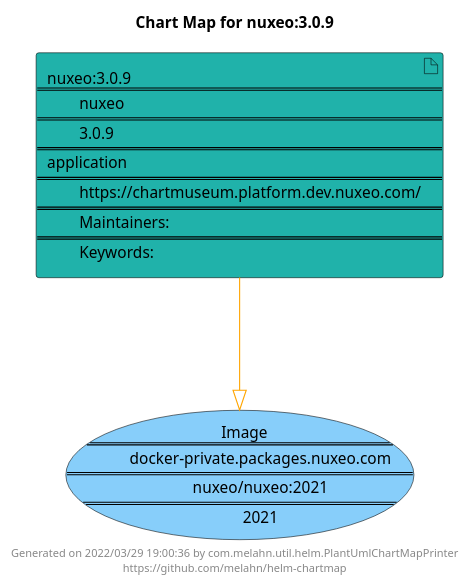
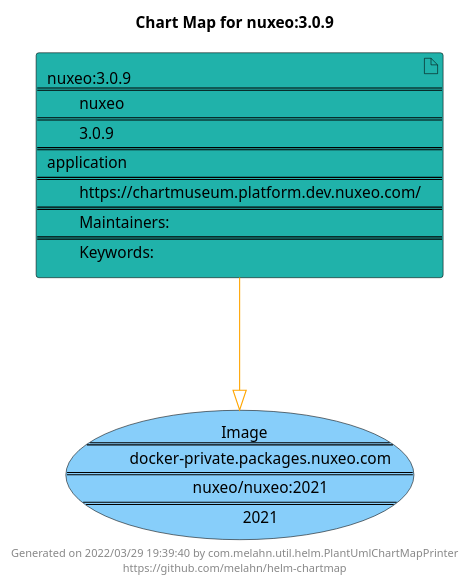
The diagram in docs/nuxeo/nuxeo-3.0.9.puml (melahn/helm-chartmap), drawn with PlantUML before and after one commit. The commit also changed 51 other files, not shown here.

Commit message:
Update Example Chart Maps as part of GitHub build

```diff
--- a/docs/nuxeo/nuxeo-3.0.9.puml
+++ b/docs/nuxeo/nuxeo-3.0.9.puml
@@ -1,21 +1,21 @@
 @startuml
 skinparam linetype ortho
 skinparam backgroundColor white
 skinparam usecaseBorderColor black
 skinparam usecaseArrowColor LightSlateGray
 skinparam artifactBorderColor black
 skinparam artifactArrowColor LightSlateGray
 
 title Chart Map for nuxeo:3.0.9
 
 'There is one referenced Helm Chart
 artifact "nuxeo:3.0.9\n====\n\tnuxeo\n====\n\t3.0.9\n====\napplication\n====\n\thttps://chartmuseum.platform.dev.nuxeo.com/\n====\n\tMaintainers: \n====\n\tKeywords: " as nuxeo_3_0_9 #LightSeaGreen
 
 'There is one referenced Docker Image
 usecase "Image\n====\n\tdocker-private.packages.nuxeo.com\n====\n\tnuxeo/nuxeo:2021\n====\n\t2021" as docker_private_packages_nuxeo_com_nuxeo_nuxeo_2021 #LightSkyBlue
 
 'Chart Dependencies
 nuxeo_3_0_9--[#orange]-|>docker_private_packages_nuxeo_com_nuxeo_nuxeo_2021
 
-center footer Generated on 2022/03/29 19:00:36 by com.melahn.util.helm.PlantUmlChartMapPrinter\nhttps://github.com/melahn/helm-chartmap
+center footer Generated on 2022/03/29 19:39:40 by com.melahn.util.helm.PlantUmlChartMapPrinter\nhttps://github.com/melahn/helm-chartmap
 @enduml
```
